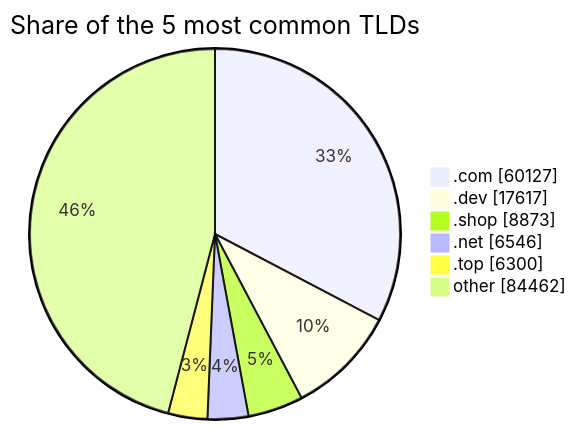
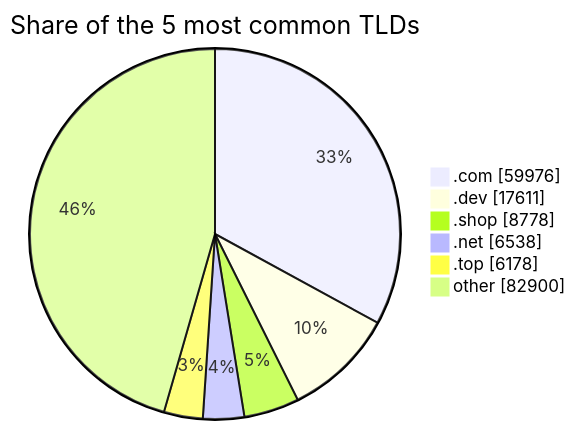
Before and after one commit to DNSBunker/CTI: the third of 3 diagrams in README.md, drawn with Mermaid. The commit also changed other lines of this file and 3 other files, not shown here.

````diff
--- a/README.md
+++ b/README.md
@@ -81,9 +81,9 @@
 ```mermaid
 pie showData title Share of the 5 most common TLDs
-    ".com" : 60127
-    ".dev" : 17617
-    ".shop" : 8873
-    ".net" : 6546
-    ".top" : 6300
-    "other" : 84462
+    ".com" : 59976
+    ".dev" : 17611
+    ".shop" : 8778
+    ".net" : 6538
+    ".top" : 6178
+    "other" : 82900
 ```
````
